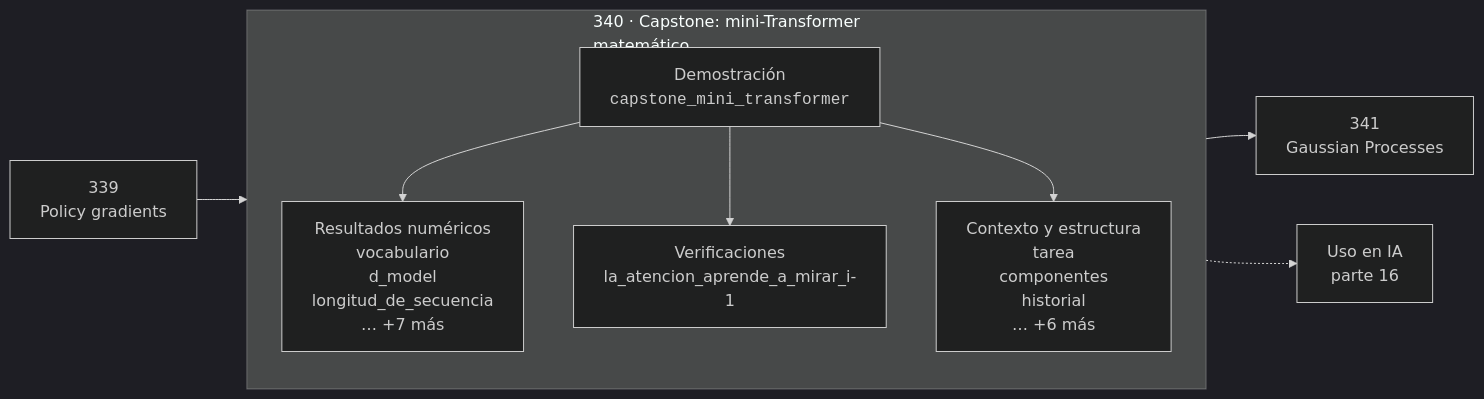
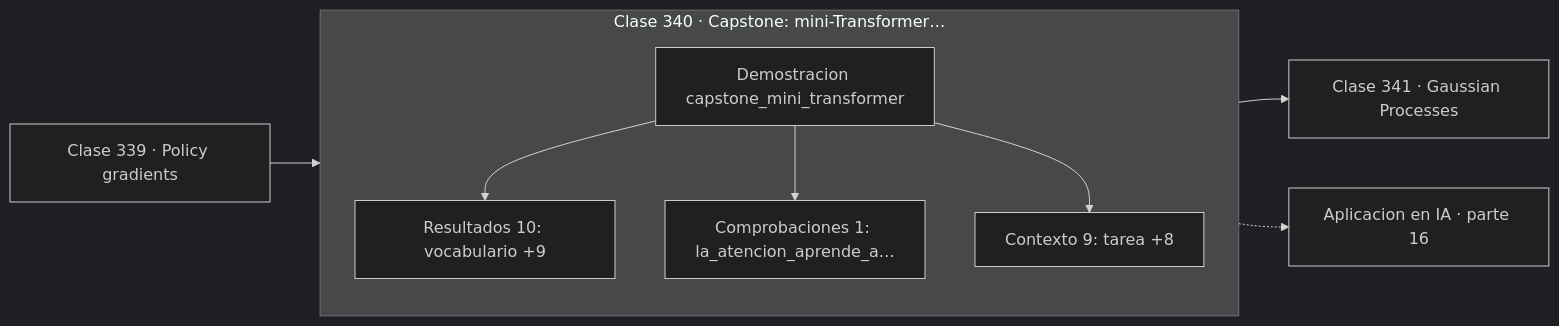
Before and after one commit to vladimiracunadev-create/computational-mathematics-program: the diagram in classes/part-16-matematica-de-transformers-modelos-generativos-grafos-y-rl/340-capstone-mini-transformer-matematico/README.md, drawn with Mermaid (dark theme). The commit also changed 389 other files, not shown here.

First line of the commit message:
fix(diagramas): elimina el HTML de las etiquetas Mermaid

````diff
--- a/classes/part-16-matematica-de-transformers-modelos-generativos-grafos-y-rl/340-capstone-mini-transformer-matematico/README.md
+++ b/classes/part-16-matematica-de-transformers-modelos-generativos-grafos-y-rl/340-capstone-mini-transformer-matematico/README.md
@@ -30,12 +30,13 @@
 ```mermaid
 flowchart LR
-    P["339<br/>Policy gradients"] --> C
-    subgraph C["340 · Capstone: mini-Transformer<br/>matemático"]
+    P["Clase 339 · Policy gradients"] --> D
+    subgraph CLASE["Clase 340 · Capstone: mini-Transformer…"]
         direction TB
-        D["Demostración<br/><code>capstone_mini_transformer</code>"] --> R["Resultados numéricos<br/>vocabulario<br/>d_model<br/>longitud_de_secuencia<br/>… +7 más"]
-        D --> V["Verificaciones<br/>la_atencion_aprende_a_mirar_i-1"]
-        D --> O["Contexto y estructura<br/>tarea<br/>componentes<br/>historial<br/>… +6 más"]
+        D["Demostracion capstone_mini_transformer"]
+        D --> R["Resultados 10: vocabulario +9"]
+        D --> V["Comprobaciones 1: la_atencion_aprende_a…"]
+        D --> O["Contexto 9: tarea +8"]
     end
-    C --> N["341<br/>Gaussian Processes"]
-    C -.-> IA["Uso en IA<br/>parte 16"]
+    R --> N["Clase 341 · Gaussian Processes"]
+    V -.-> IA["Aplicacion en IA · parte 16"]
 ```
````
